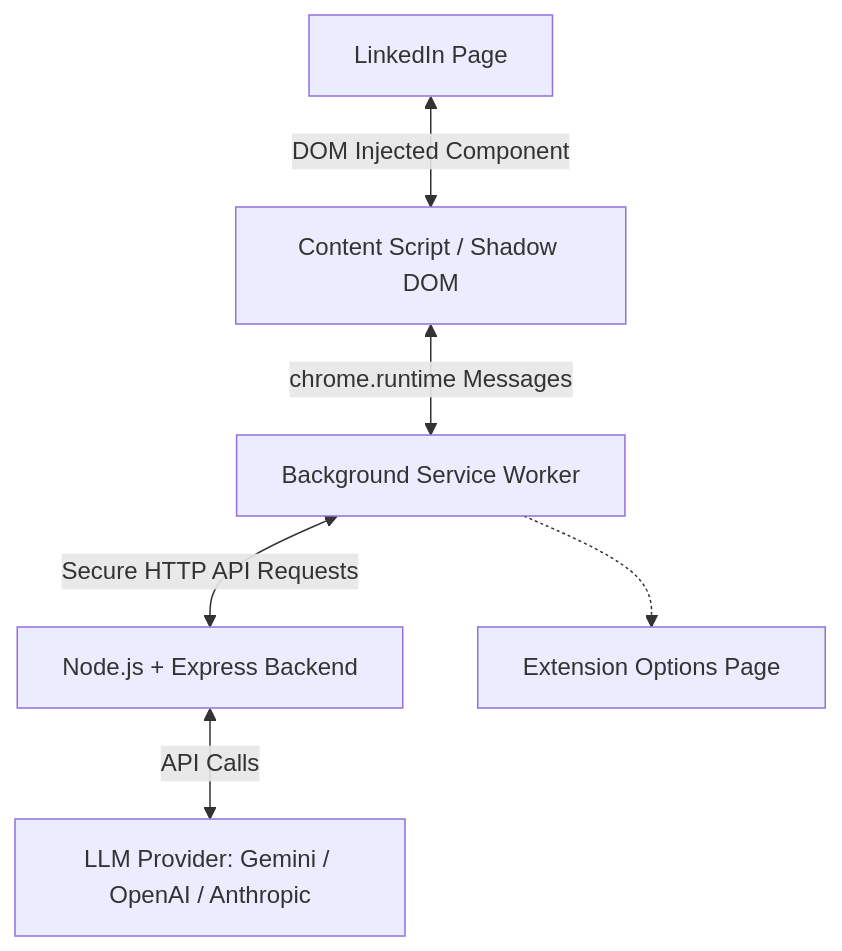
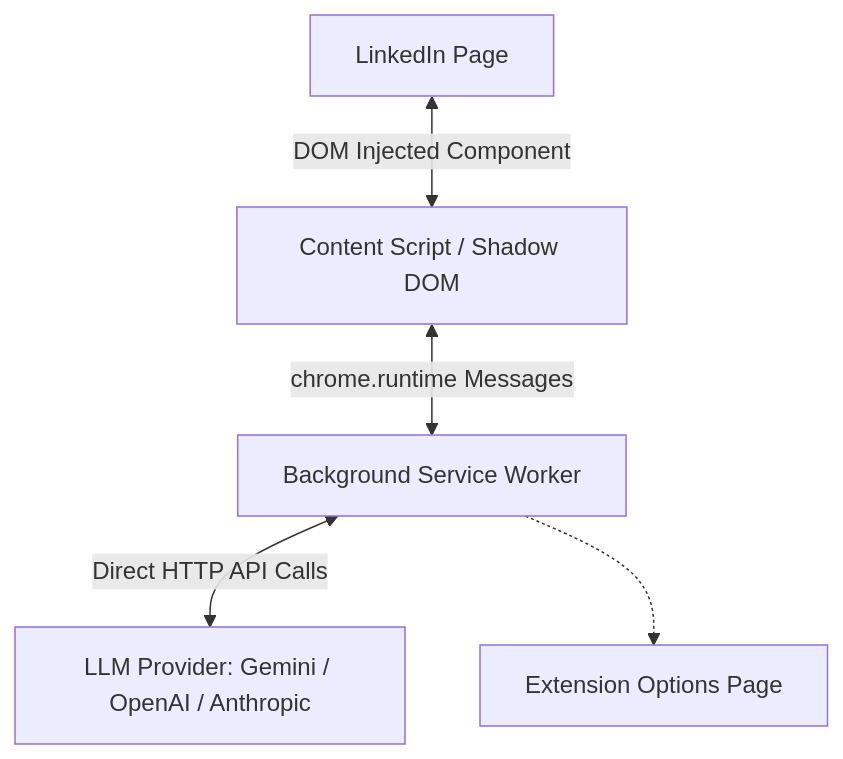
One commit to rajann44/linkgenie changed the diagram in README.md. Above: the diagram before and after it, drawn with Mermaid. The commit also changed other lines of this file and 14 other files, not shown here.

````diff
--- a/README.md
+++ b/README.md
@@ -11,8 +11,7 @@
 ```mermaid
 graph TD
     LinkedIn[LinkedIn Page] <--> |DOM Injected Component| ContentScript[Content Script / Shadow DOM]
     ContentScript <--> |chrome.runtime Messages| BackgroundWorker[Background Service Worker]
-    BackgroundWorker <--> |Secure HTTP API Requests| Backend[Node.js + Express Backend]
-    Backend <--> |API Calls| LLM[LLM Provider: Gemini / OpenAI / Anthropic]
+    BackgroundWorker <--> |Direct HTTP API Calls| LLM[LLM Provider: Gemini / OpenAI / Anthropic]
     BackgroundWorker -.-> Options[Extension Options Page]
 ```
````
